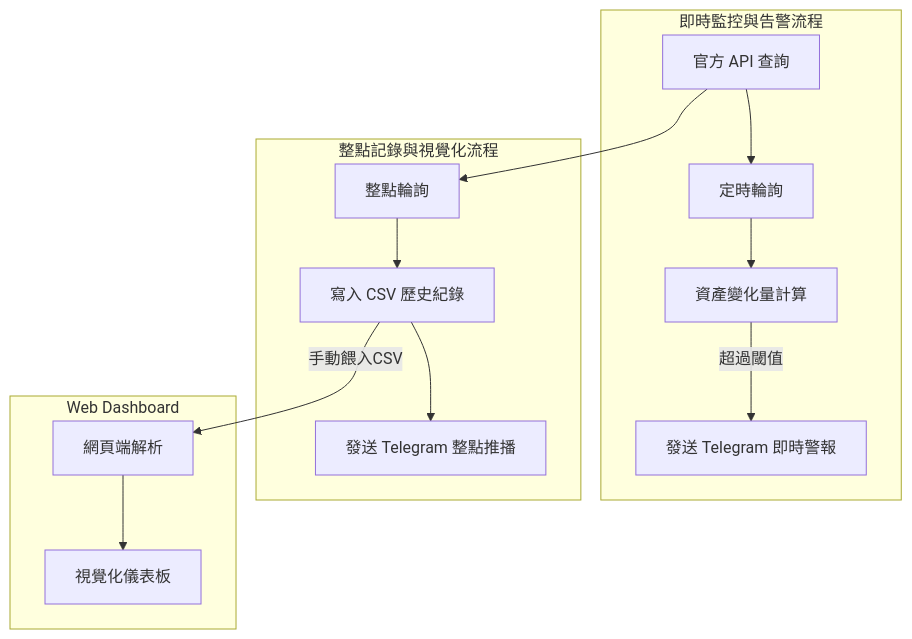
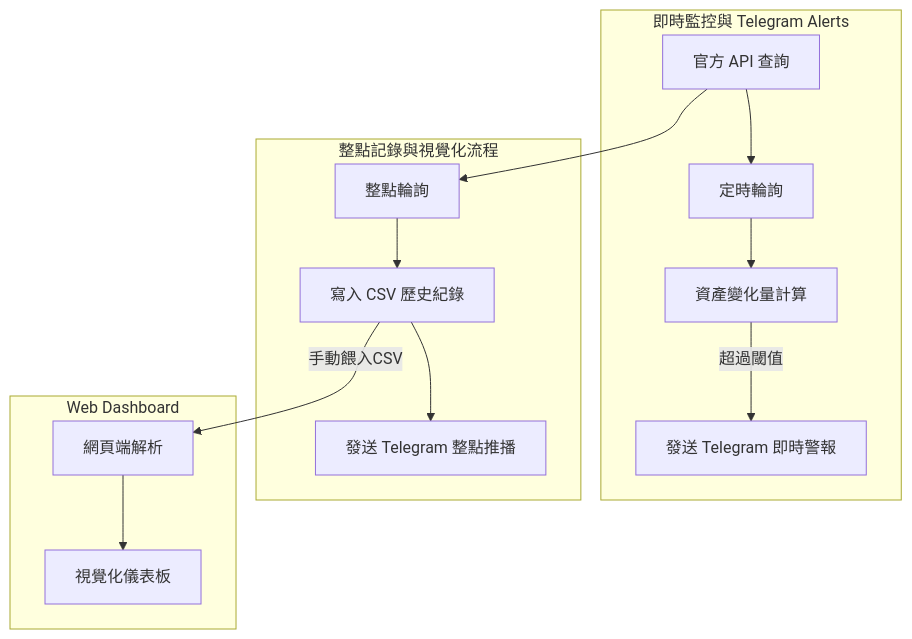
One commit to Zianwalk/lit-monitor-bot-showcase changed the diagram in README.md. Above: the diagram before and after it, drawn with Mermaid.

Commit message:
Update subgraph title for alerts in README

````diff
--- a/README.md
+++ b/README.md
@@ -25,22 +25,22 @@
 ```mermaid
 flowchart TD
 
     API[官方 API 查詢]
 
-    subgraph 即時監控與告警流程
+    subgraph 即時監控與 Telegram Alerts
         API --> POLL[定時輪詢]
         POLL --> DELTA[資產變化量計算]
         DELTA -->|超過閾值| ALERT[發送 Telegram 即時警報]
     end
 
     subgraph 整點記錄與視覺化流程
         API --> HOUR[整點輪詢]
         HOUR --> CSV[寫入 CSV 歷史紀錄]
         CSV --> tg_record[發送 Telegram 整點推播]
     end
 
     subgraph Web Dashboard
         CSV --> |手動餵入CSV|WEB[網頁端解析]
         WEB --> DASH[視覺化儀表板]
     end
 ```
````
